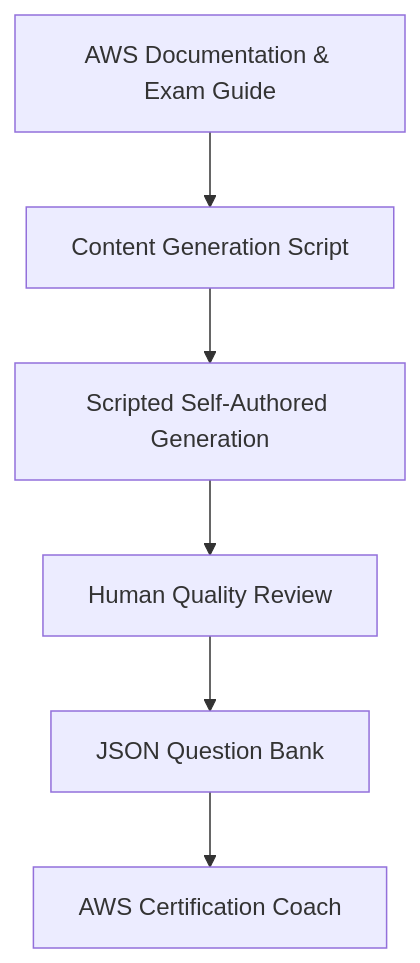
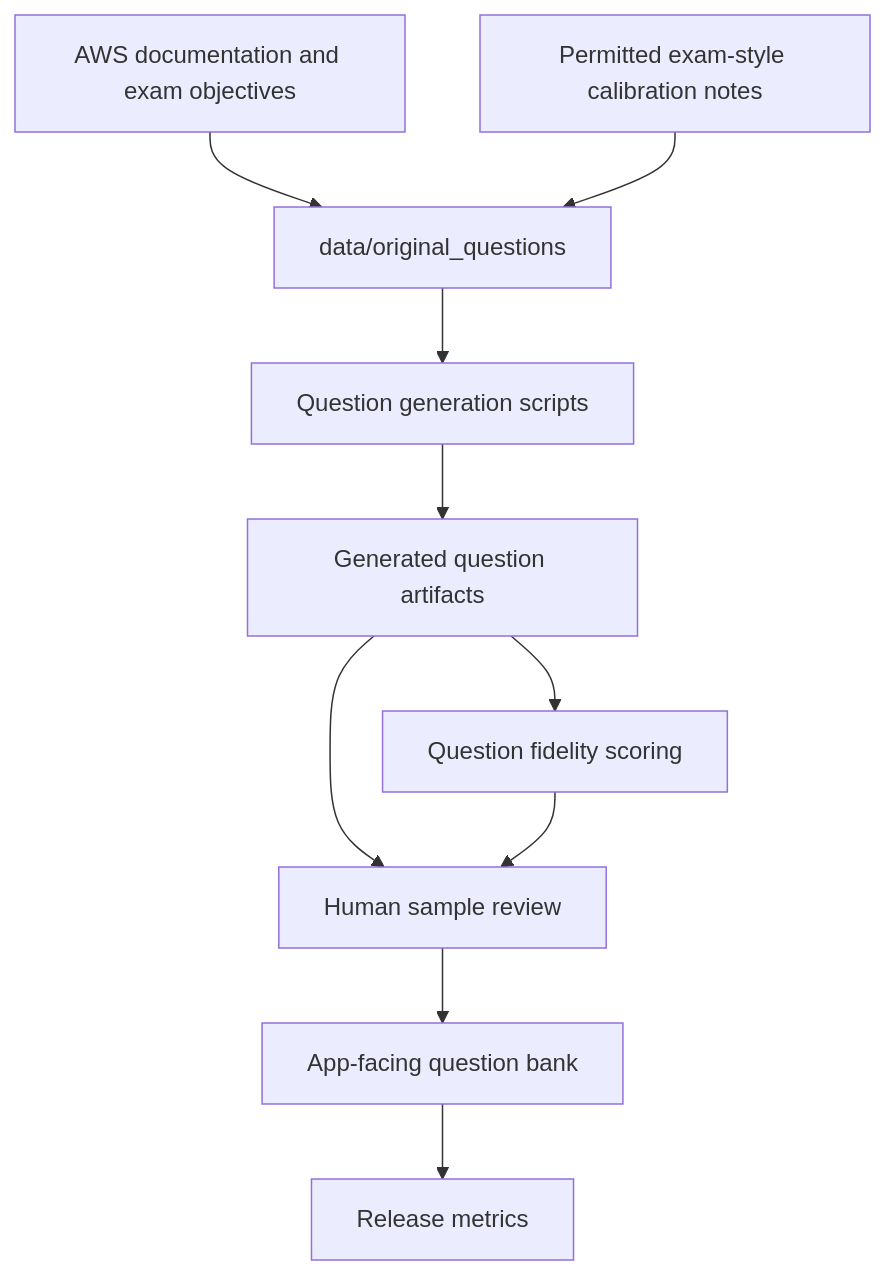
The second of 2 diagrams in docs/ARCHITECTURE.md (DanielLevenstein/AWS-Certification-Coach), drawn with Mermaid before and after one commit. The commit also changed other lines of this file and 6 other files, not shown here.

````diff
--- a/docs/ARCHITECTURE.md
+++ b/docs/ARCHITECTURE.md
@@ -160,15 +124,22 @@
 ```mermaid
 flowchart TD
-    Docs[AWS Documentation & Exam Guide]
-    Script[Content Generation Script]
-    Generated[Scripted Self-Authored Generation]
-    Review[Human Quality Review]
-    Bank[JSON Question Bank]
-    App[AWS Certification Coach]
+    Sources[AWS documentation and exam objectives]
+    Calibration[Permitted exam-style calibration notes]
+    Original[data/original_questions]
+    Generator[Question generation scripts]
+    Generated[Generated question artifacts]
+    Fidelity[Question fidelity scoring]
+    Review[Human sample review]
+    Bank[App-facing question bank]
+    Metrics[Release metrics]
 
-    Docs --> Script
-    Script --> Generated
+    Sources --> Original
+    Calibration --> Original
+    Original --> Generator
+    Generator --> Generated
+    Generated --> Fidelity
     Generated --> Review
+    Fidelity --> Review
     Review --> Bank
-    Bank --> App
+    Bank --> Metrics
 ```
````
